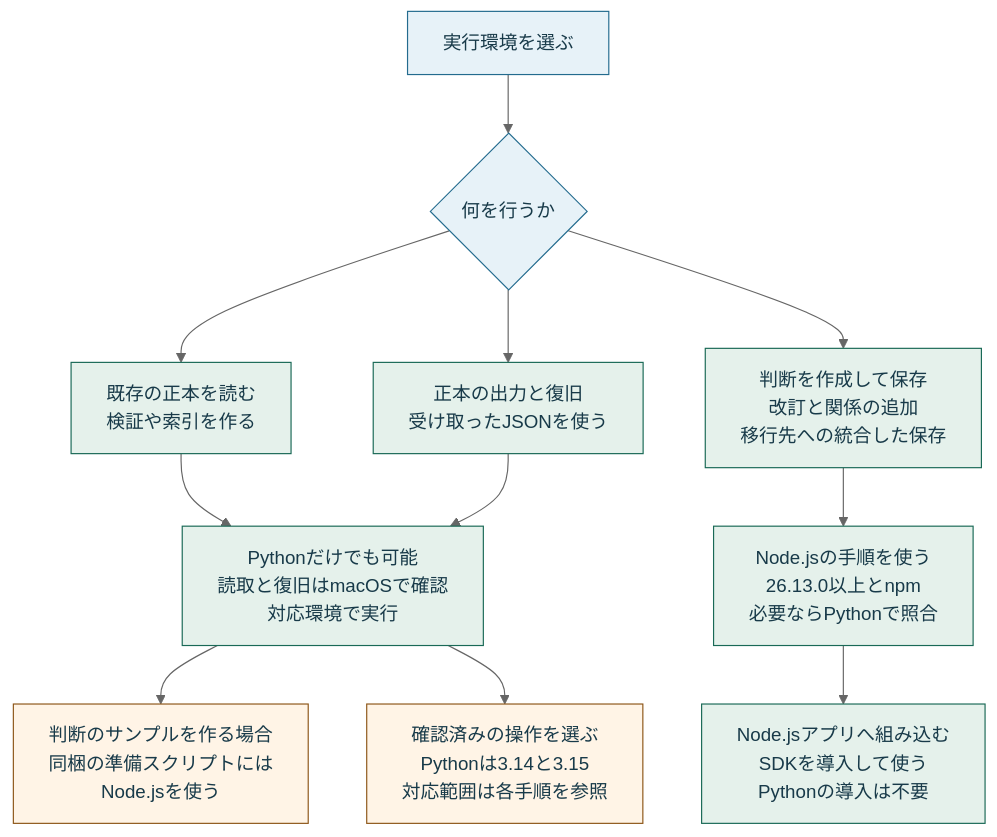
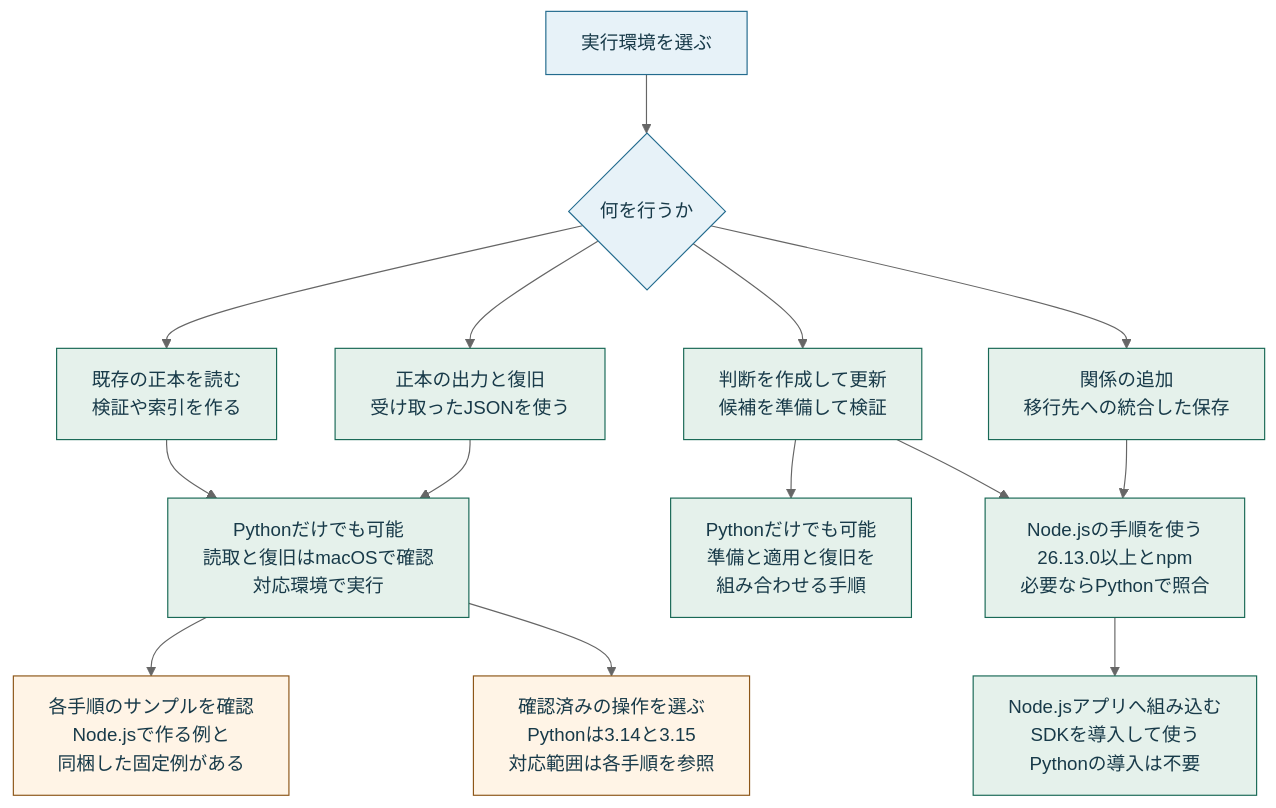
One commit to koukemo/morivyx changed the diagram in docs/diagrams/runtime-choice.mmd. Above: the diagram before and after it, drawn with Mermaid (neutral theme). The commit also changed 12 other files, not shown here.

```diff
--- a/docs/diagrams/runtime-choice.mmd
+++ b/docs/diagrams/runtime-choice.mmd
@@ -1,17 +1,20 @@
 flowchart TB
   A["実行環境を選ぶ"] --> B{"何を行うか"}
   B --> C["既存の正本を読む<br/>検証や索引を作る"]
   B --> D["正本の出力と復旧<br/>受け取ったJSONを使う"]
-  B --> E["判断を作成して保存<br/>改訂と関係の追加<br/>移行先への統合した保存"]
+  B --> K["判断を作成して更新<br/>候補を準備して検証"]
+  K --> L["Pythonだけでも可能<br/>準備と適用と復旧を<br/>組み合わせる手順"]
+  K --> G
+  B --> E["関係の追加<br/>移行先への統合した保存"]
   C --> F["Pythonだけでも可能<br/>読取と復旧はmacOSで確認<br/>対応環境で実行"]
   D --> F
   E --> G["Node.jsの手順を使う<br/>26.13.0以上とnpm<br/>必要ならPythonで照合"]
-  F --> H["判断のサンプルを作る場合<br/>同梱の準備スクリプトには<br/>Node.jsを使う"]
+  F --> H["各手順のサンプルを確認<br/>Node.jsで作る例と<br/>同梱した固定例がある"]
   G --> I["Node.jsアプリへ組み込む<br/>SDKを導入して使う<br/>Pythonの導入は不要"]
   F --> J["確認済みの操作を選ぶ<br/>Pythonは3.14と3.15<br/>対応範囲は各手順を参照"]
   classDef route fill:#e7f2f8,stroke:#236b8e,color:#183a49
   classDef action fill:#e5f1eb,stroke:#196956,color:#183a49
   classDef scope fill:#fff4e6,stroke:#8d5618,color:#183a49
   class A,B route
-  class C,D,E,F,G,I action
+  class C,D,E,F,G,I,K,L action
   class H,J scope
```
